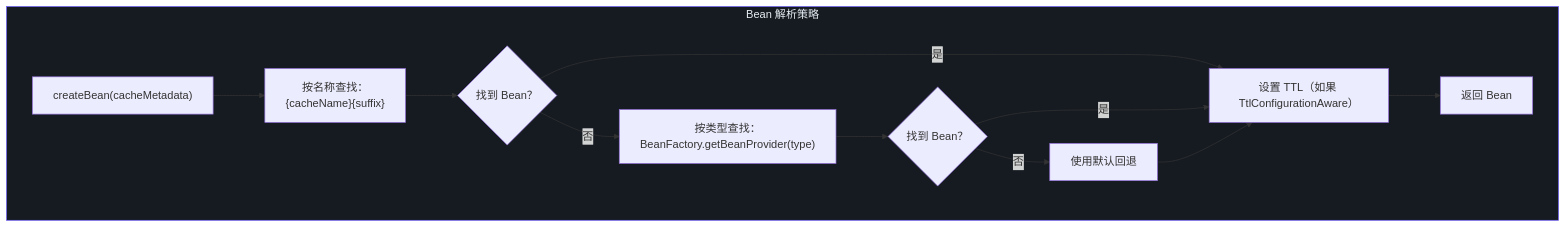
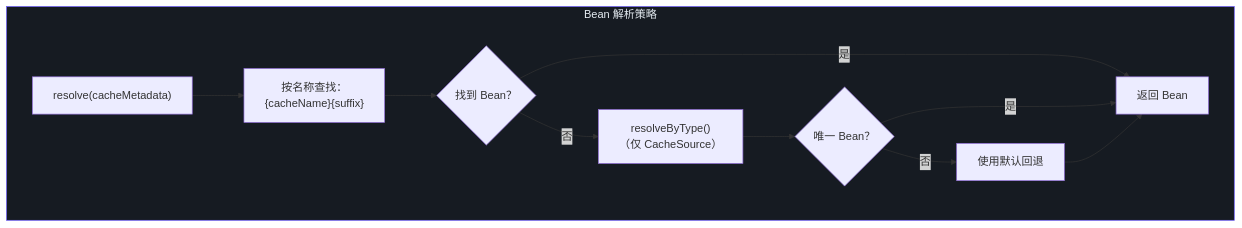
Before and after one commit to Ahoo-Wang/CoCache: the second of 4 diagrams in wiki/zh/api/spring-integration.md, drawn with Mermaid. The commit also changed other lines of this file and 256 other files, not shown here.

````diff
--- a/wiki/zh/api/spring-integration.md
+++ b/wiki/zh/api/spring-integration.md
@@ -110,24 +109,22 @@
 ```mermaid
 flowchart TB
     subgraph Strategy["Bean 解析策略"]
         style Strategy fill:#161b22,stroke:#6d5dfc,color:#e6edf3
-        Start["createBean(cacheMetadata)"]
+        Start["resolve(cacheMetadata)"]
         NameLookup["按名称查找：<br>{cacheName}{suffix}"]
         NameFound{"找到 Bean？"}
-        TypeLookup["按类型查找：<br>BeanFactory.getBeanProvider(type)"]
-        TypeFound{"找到 Bean？"}
+        TypeLookup["resolveByType()<br>（仅 CacheSource）"]
+        TypeFound{"唯一 Bean？"}
         Fallback["使用默认回退"]
-        TTL["设置 TTL（如果 TtlConfigurationAware）"]
         Return["返回 Bean"]
 
         Start --> NameLookup
         NameLookup --> NameFound
-        NameFound -- "是" --> TTL
+        NameFound -- "是" --> Return
         NameFound -- "否" --> TypeLookup
         TypeLookup --> TypeFound
-        TypeFound -- "是" --> TTL
+        TypeFound -- "是" --> Return
         TypeFound -- "否" --> Fallback
-        Fallback --> TTL
-        TTL --> Return
+        Fallback --> Return
     end
 ```
````
